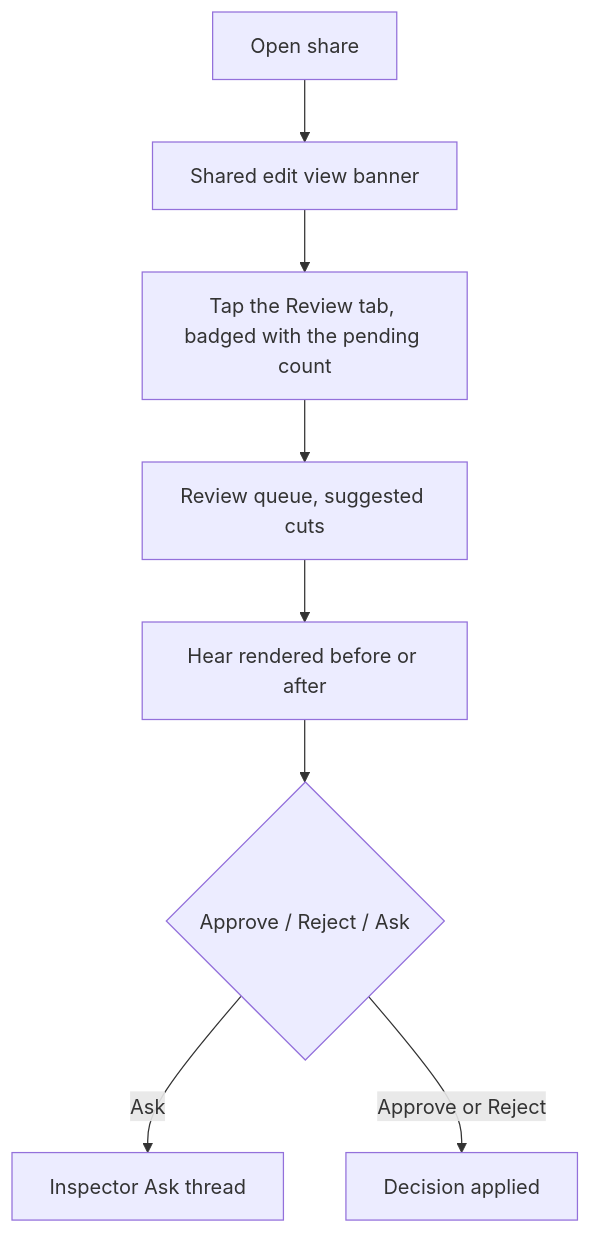
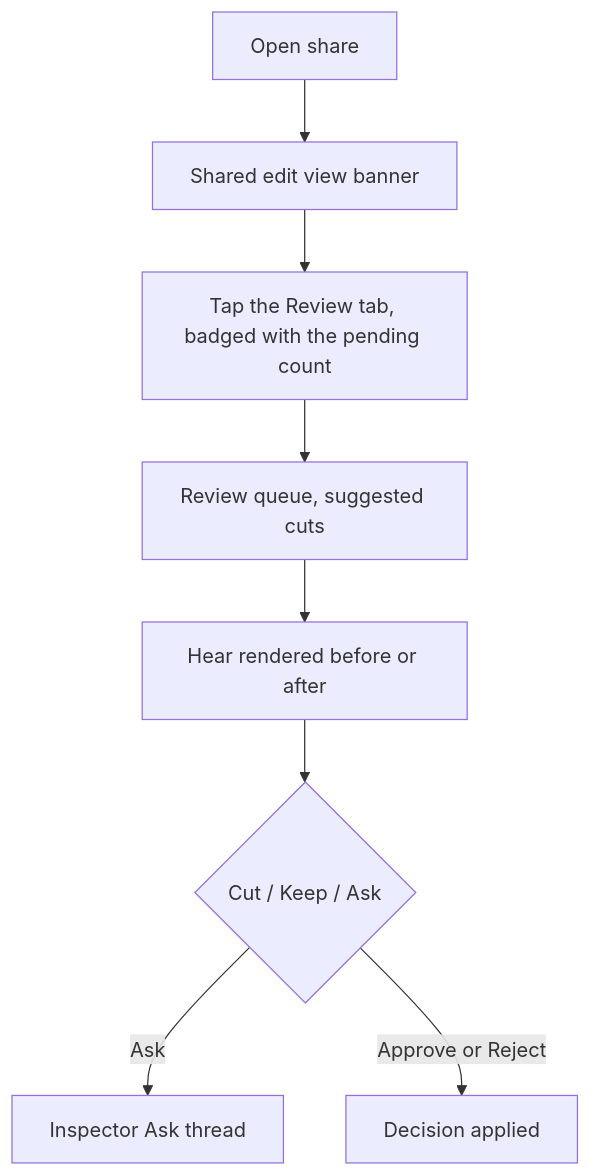
One commit to calebn/sharecut-studio changed the third of 6 diagrams in ux/pages/guest-journeys.md. Above: the diagram before and after it, drawn with Mermaid. The commit also changed 6 other files, not shown here.

First line of the commit message:
test(edit): steady the pending review feedback tests, unit-test the Cut helpers, qualify Approve/Reject docs (#2294 W3b2b)

````diff
--- a/ux/pages/guest-journeys.md
+++ b/ux/pages/guest-journeys.md
@@ -96,10 +96,10 @@
 ```mermaid
 flowchart TD
   open[Open share] --> banner[Shared edit view banner]
   banner --> chip[Tap the Review tab, badged with the pending count]
   chip --> tl[Review queue, suggested cuts]
   tl --> audition[Hear rendered before or after]
-  audition --> decide{Approve / Reject / Ask}
+  audition --> decide{Cut / Keep / Ask}
   decide -->|Ask| thread[Inspector Ask thread]
   decide -->|Approve or Reject| done[Decision applied]
 ```
````
